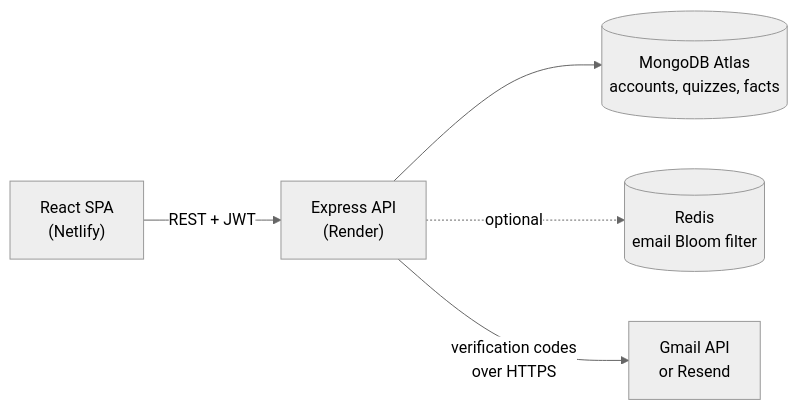
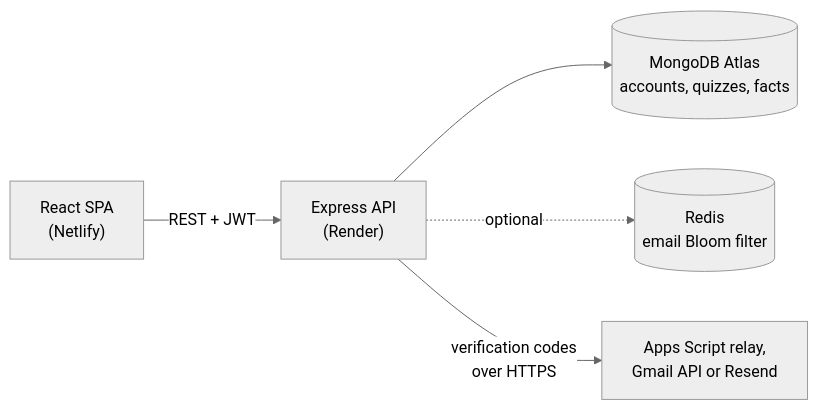
The diagram in README.md (ianjhh/quizanak), drawn with Mermaid (neutral theme) before and after one commit. The commit also changed other lines of this file and 6 other files, not shown here.

First line of the commit message:
feat(email): send verification codes through an Apps Script mail relay

````diff
--- a/README.md
+++ b/README.md
@@ -46,7 +46,7 @@
 ```mermaid
 flowchart LR
     Browser["React SPA<br/>(Netlify)"] -->|"REST + JWT"| API["Express API<br/>(Render)"]
     API --> Mongo[("MongoDB Atlas<br/>accounts, quizzes, facts")]
     API -.->|optional| Redis[("Redis<br/>email Bloom filter")]
-    API -->|"verification codes<br/>over HTTPS"| Mail["Gmail API<br/>or Resend"]
+    API -->|"verification codes<br/>over HTTPS"| Mail["Apps Script relay,<br/>Gmail API or Resend"]
 ```
````
